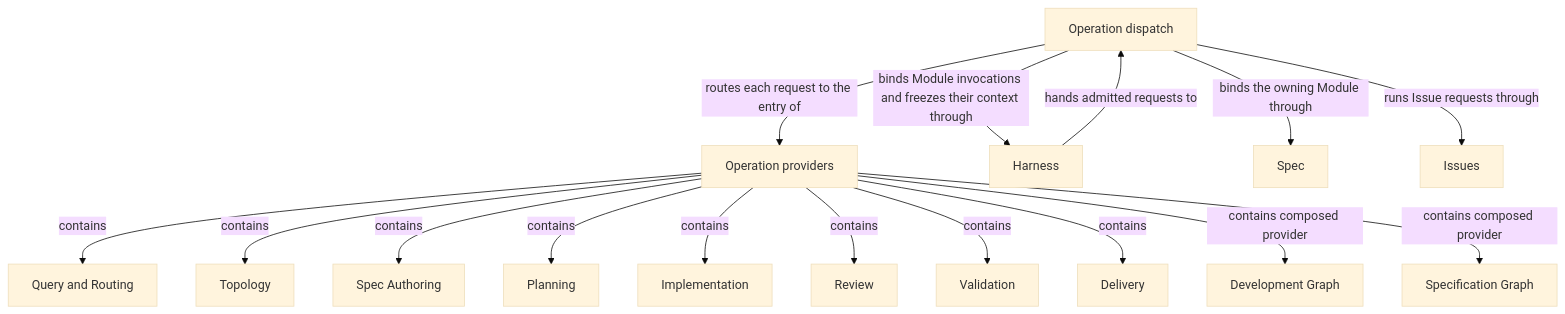
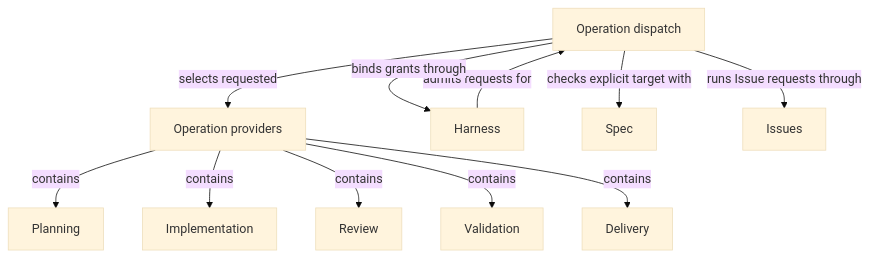
The diagram in specs/concorde/operations/module.md (FTOD/concorde), drawn with Mermaid (base theme) before and after one commit. The commit also changed other lines of this file and 276 other files, not shown here.

First line of the commit message:
Remove orchestration workflows in favor of explicit target operations

````diff
--- a/specs/concorde/operations/module.md
+++ b/specs/concorde/operations/module.md
@@ -155,35 +74,25 @@
 ```mermaid
 flowchart TB
-    accTitle: Operations provider hierarchy and dispatch
-    accDescr: Operations contains reusable behavior providers and composed Operation providers. Harness hands each admitted request to the Operation dispatch, which binds the owner through Spec and routes the request to its provider or to the Issue Graph. Containment does not mean graph execution order or context inclusion.
+    accTitle: Retained Operation providers
+    accDescr: Admission reaches dispatch, which binds explicit context and selects a retained provider.
     operations["Operation providers"]
     dispatch["Operation dispatch"]
     harness["Harness"]
     spec["Spec"]
     issues["Issues"]
-    query["Query and Routing"]
-    topology["Topology"]
-    author["Spec Authoring"]
     planning["Planning"]
     implementation["Implementation"]
     review["Review"]
     validation["Validation"]
     delivery["Delivery"]
-    development["Development Graph"]
-    specification["Specification Graph"]
-    harness -->|hands admitted requests to| dispatch
-    dispatch -->|routes each request to the entry of| operations
-    dispatch -->|binds the owning Module through| spec
+    harness -->|admits requests for| dispatch
+    dispatch -->|selects requested| operations
+    dispatch -->|checks explicit target with| spec
     dispatch -->|runs Issue requests through| issues
-    dispatch -->|binds Module invocations and freezes their context through| harness
-    operations -->|contains| query
-    operations -->|contains| topology
-    operations -->|contains| author
+    dispatch -->|binds grants through| harness
     operations -->|contains| planning
     operations -->|contains| implementation
     operations -->|contains| review
     operations -->|contains| validation
     operations -->|contains| delivery
-    operations -->|contains composed provider| development
-    operations -->|contains composed provider| specification
 ```
````
